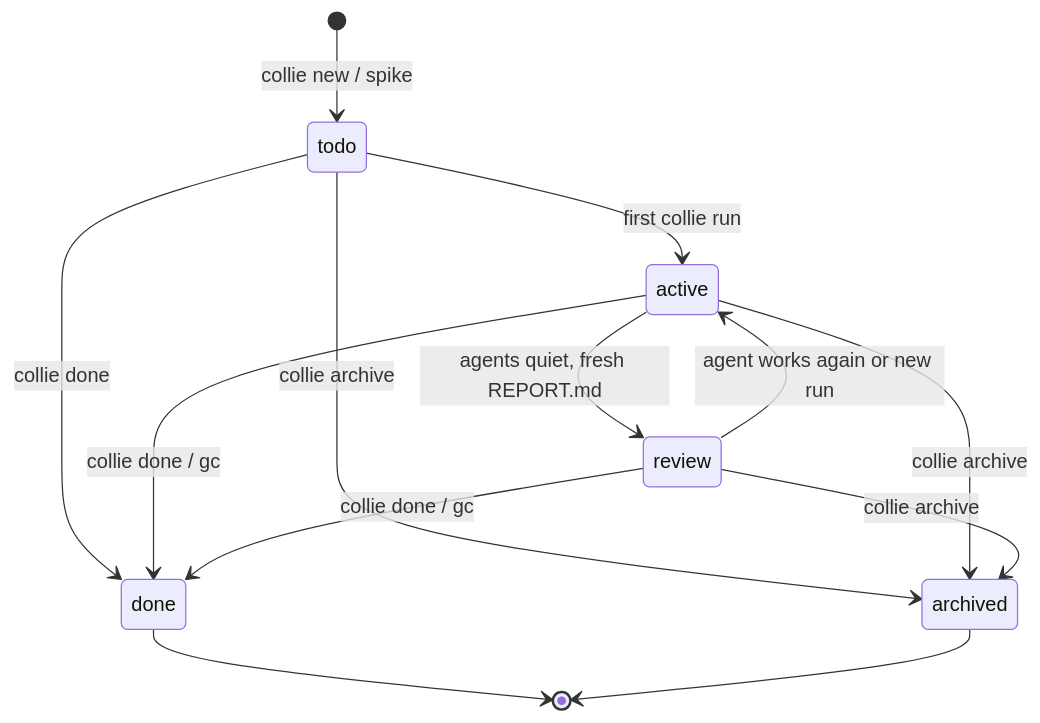
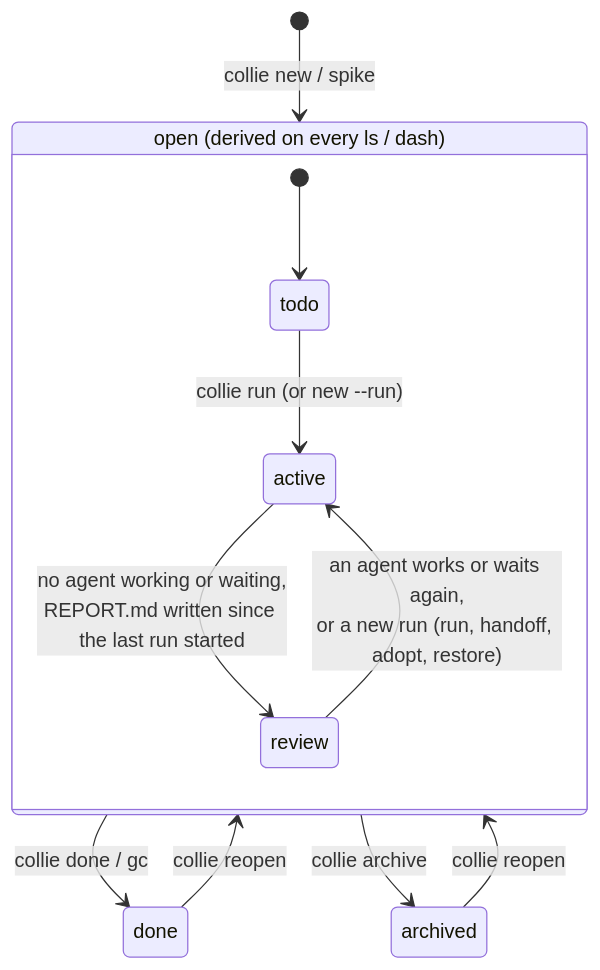
One commit to TSLsun/tmux-collie changed the third of 4 diagrams in docs/USAGE.md. Above: the diagram before and after it, drawn with Mermaid. The commit also changed other lines of this file, not shown here.

First line of the commit message:
docs: redraw status and agent statecharts from the code

````diff
--- a/docs/USAGE.md
+++ b/docs/USAGE.md
@@ -77,15 +77,14 @@
 ```mermaid
 stateDiagram-v2
-    [*] --> todo: collie new / spike
-    todo --> active: first collie run
-    active --> review: agents quiet, fresh REPORT.md
-    review --> active: agent works again or new run
-    todo --> done: collie done
-    active --> done: collie done / gc
-    review --> done: collie done / gc
-    todo --> archived: collie archive
-    active --> archived: collie archive
-    review --> archived: collie archive
-    done --> [*]
-    archived --> [*]
+    state "open (derived on every ls / dash)" as open {
+        [*] --> todo
+        todo --> active: collie run (or new --run)
+        active --> review: no agent working or waiting,<br/>REPORT.md written since the last run started
+        review --> active: an agent works or waits again,<br/>or a new run (run, handoff, adopt, restore)
+    }
+    [*] --> open: collie new / spike
+    open --> done: collie done / gc
+    open --> archived: collie archive
+    done --> open: collie reopen
+    archived --> open: collie reopen
 ```
````
